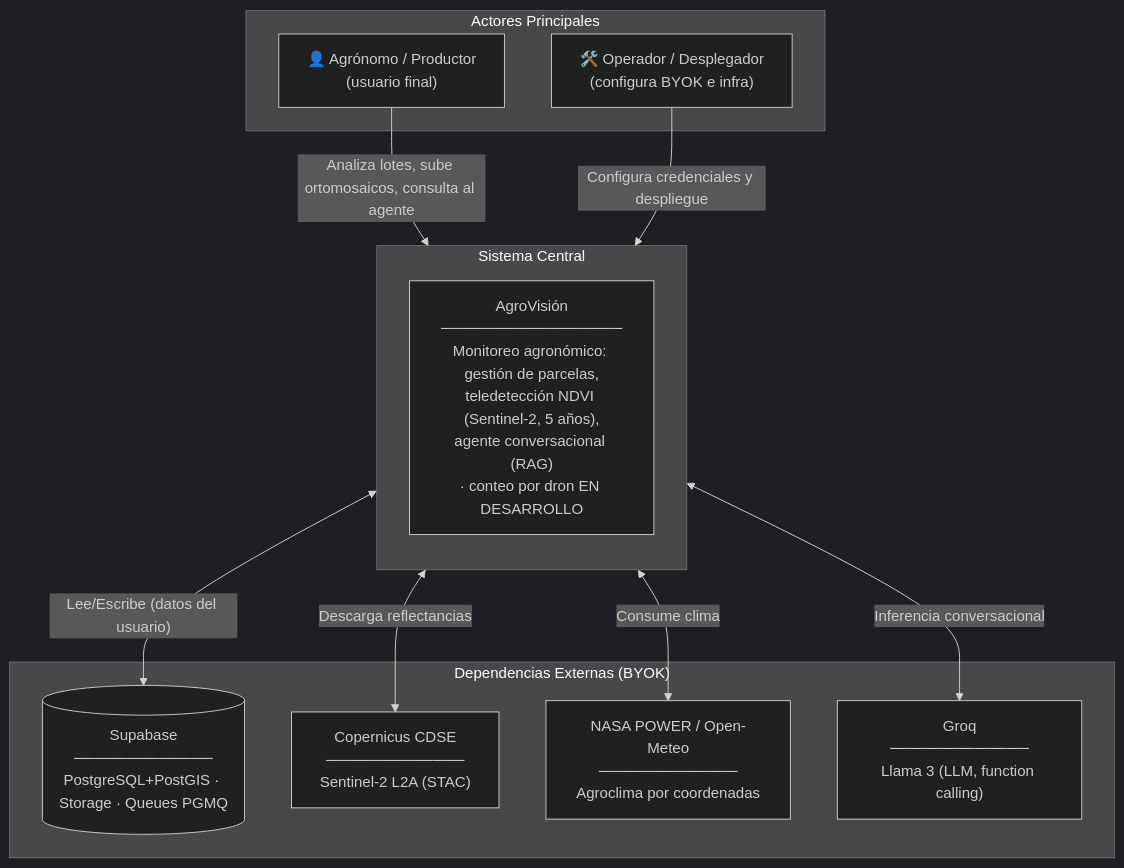
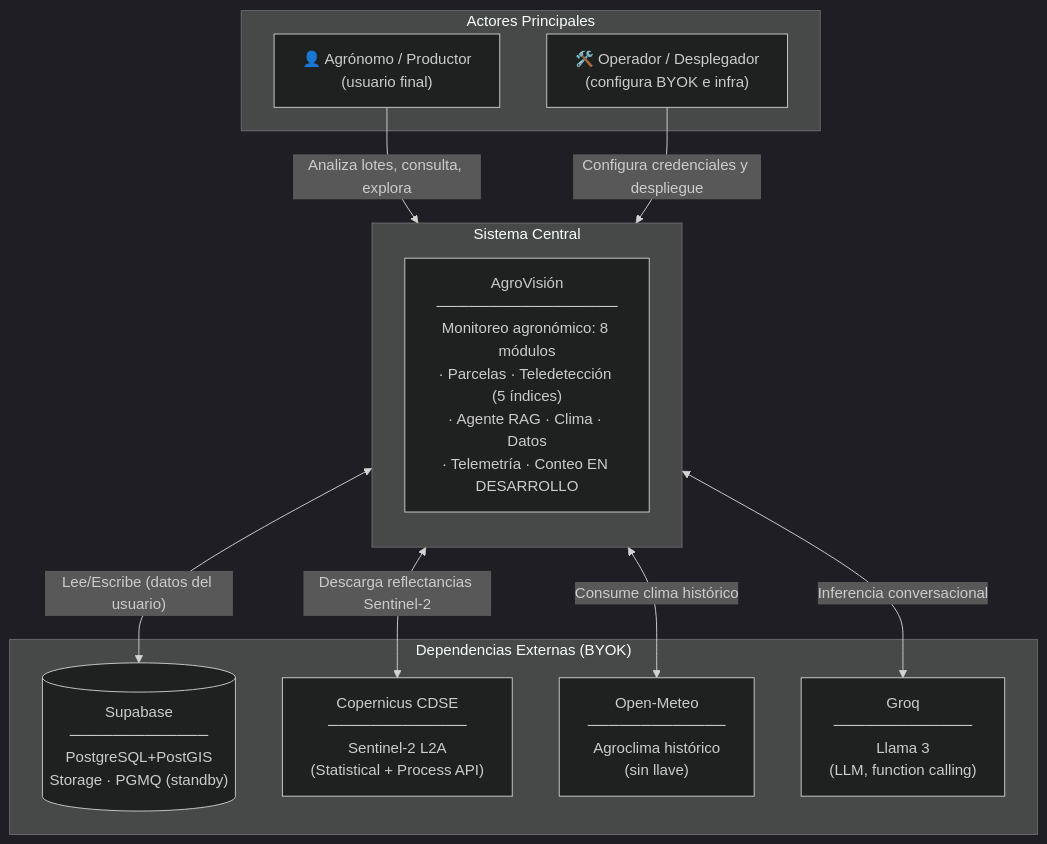
One commit to AlexPrietoRomani/AgroVision changed the first of 12 diagrams in docs/architect/architecture_agrovision.md. Above: the diagram before and after it, drawn with Mermaid (dark theme). The commit also changed other lines of this file, not shown here.

First line of the commit message:
docs(architecture): actualiza doc con eventos, reprocess y migración NDVI

````diff
--- a/docs/architect/architecture_agrovision.md
+++ b/docs/architect/architecture_agrovision.md
@@ -22,26 +20,26 @@
 ```mermaid
 flowchart TB
     subgraph Actores["Actores Principales"]
         U1["👤 Agrónomo / Productor<br/>(usuario final)"]
         U2["🛠️ Operador / Desplegador<br/>(configura BYOK e infra)"]
     end
 
     subgraph Sistema["Sistema Central"]
         direction TB
-        APP["AgroVisión<br/>─────────────────<br/>Monitoreo agronómico: gestión de parcelas,<br/>teledetección NDVI (Sentinel-2, 5 años),<br/>agente conversacional (RAG)<br/>· conteo por dron EN DESARROLLO"]
+        APP["AgroVisión<br/>─────────────────<br/>Monitoreo agronómico: 8 módulos<br/>· Parcelas · Teledetección (5 índices)<br/>· Agente RAG · Clima · Datos<br/>· Telemetría · Conteo EN DESARROLLO"]
     end
 
     subgraph Externos["Dependencias Externas (BYOK)"]
-        SB[("Supabase<br/>─────────────<br/>PostgreSQL+PostGIS · Storage · Queues PGMQ")]
-        COP["Copernicus CDSE<br/>─────────────<br/>Sentinel-2 L2A (STAC)"]
-        NASA["NASA POWER / Open-Meteo<br/>─────────────<br/>Agroclima por coordenadas"]
-        GROQ["Groq<br/>─────────────<br/>Llama 3 (LLM, function calling)"]
+        SB[("Supabase<br/>─────────────<br/>PostgreSQL+PostGIS<br/>Storage · PGMQ (standby)")]
+        COP["Copernicus CDSE<br/>─────────────<br/>Sentinel-2 L2A<br/>(Statistical + Process API)"]
+        NASA["Open-Meteo<br/>─────────────<br/>Agroclima histórico<br/>(sin llave)"]
+        GROQ["Groq<br/>─────────────<br/>Llama 3<br/>(LLM, function calling)"]
     end
 
-    U1 -->|"Analiza lotes, sube ortomosaicos, consulta al agente"| APP
+    U1 -->|"Analiza lotes, consulta, explora"| APP
     U2 -->|"Configura credenciales y despliegue"| APP
     APP <-->|"Lee/Escribe (datos del usuario)"| SB
-    APP <-->|"Descarga reflectancias"| COP
-    APP <-->|"Consume clima"| NASA
+    APP <-->|"Descarga reflectancias Sentinel-2"| COP
+    APP <-->|"Consume clima histórico"| NASA
     APP <-->|"Inferencia conversacional"| GROQ
 ```
````
